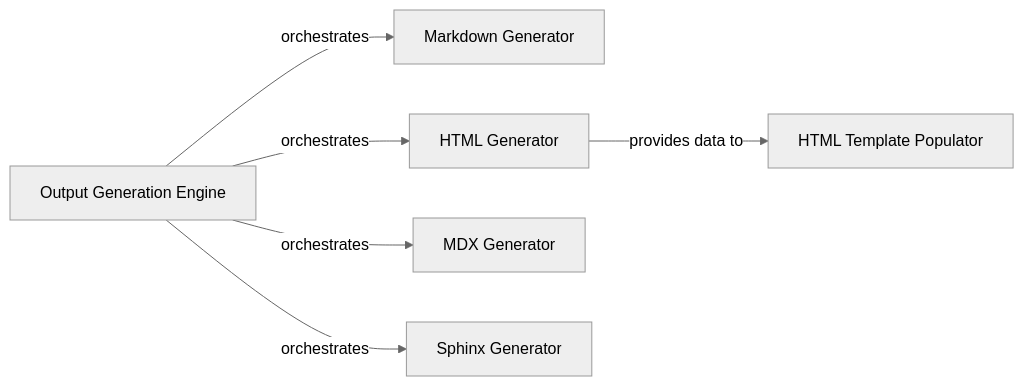
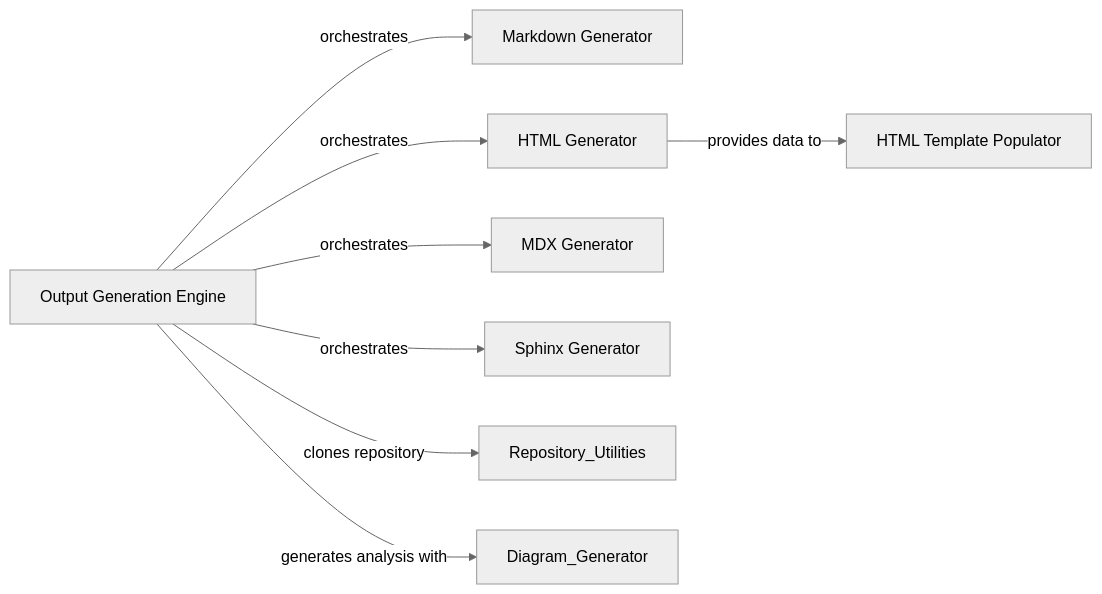
Before and after one commit to mariyam866/CodeBoarding: the diagram in .codeboarding/Output_Generation_Engine.md, drawn with Mermaid (neutral theme). The commit also changed other lines of this file and 11 other files, not shown here.

First line of the commit message:
docs: update codeboarding documentation and generate architecture

````diff
--- a/.codeboarding/Output_Generation_Engine.md
+++ b/.codeboarding/Output_Generation_Engine.md
@@ -1,15 +1,17 @@
 ```mermaid
 graph LR
     Output_Generation_Engine["Output Generation Engine"]
     Markdown_Generator["Markdown Generator"]
     HTML_Generator["HTML Generator"]
     MDX_Generator["MDX Generator"]
     Sphinx_Generator["Sphinx Generator"]
     HTML_Template_Populator["HTML Template Populator"]
     Output_Generation_Engine -- "orchestrates" --> Markdown_Generator
     Output_Generation_Engine -- "orchestrates" --> HTML_Generator
     Output_Generation_Engine -- "orchestrates" --> MDX_Generator
     Output_Generation_Engine -- "orchestrates" --> Sphinx_Generator
     HTML_Generator -- "provides data to" --> HTML_Template_Populator
+    Output_Generation_Engine -- "clones repository" --> Repository_Utilities
+    Output_Generation_Engine -- "generates analysis with" --> Diagram_Generator
     click Output_Generation_Engine href "https://github.com/CodeBoarding/CodeBoarding/blob/main/.codeboarding/Output_Generation_Engine.md" "Details"
 ```
````
